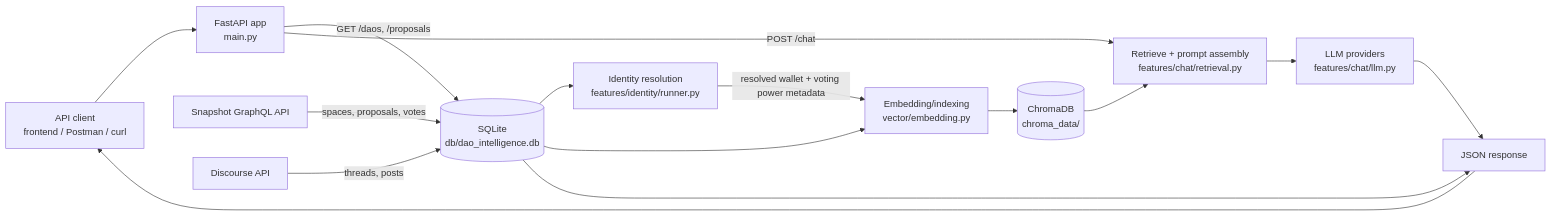
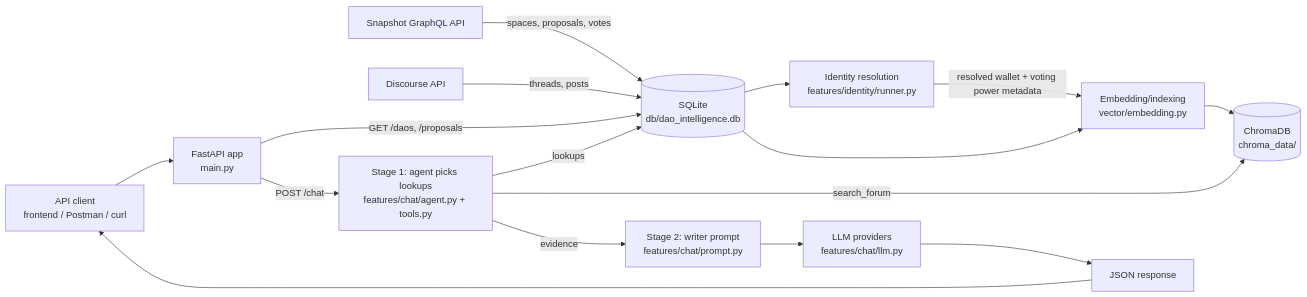
The first of 6 diagrams in DATA_FLOW.md (Rakshitgoyal770/DOA-BACKEND), drawn with Mermaid before and after one commit. The commit also changed other lines of this file and 5 other files, not shown here.

````diff
--- a/DATA_FLOW.md
+++ b/DATA_FLOW.md
@@ -41,30 +42,32 @@
 ```mermaid
 flowchart LR
     Client["API client<br/>frontend / Postman / curl"]
     App["FastAPI app<br/>main.py"]
 
     Snapshot["Snapshot GraphQL API"]
     Discourse["Discourse API"]
     SQLite[("SQLite<br/>db/dao_intelligence.db")]
     Resolve["Identity resolution<br/>features/identity/runner.py"]
     Embed["Embedding/indexing<br/>vector/embedding.py"]
     Chroma[("ChromaDB<br/>chroma_data/")]
-    Retrieve["Retrieve + prompt assembly<br/>features/chat/retrieval.py"]
+    Agent["Stage 1: agent picks lookups<br/>features/chat/agent.py + tools.py"]
+    Writer["Stage 2: writer prompt<br/>features/chat/prompt.py"]
     LLM["LLM providers<br/>features/chat/llm.py"]
     Response["JSON response"]
 
     Client --> App
     Snapshot -->|"spaces, proposals, votes"| SQLite
     Discourse -->|"threads, posts"| SQLite
     SQLite --> Resolve
     SQLite --> Embed
     Resolve -->|"resolved wallet + voting power metadata"| Embed
     Embed --> Chroma
     App -->|"GET /daos, /proposals"| SQLite
-    App -->|"POST /chat"| Retrieve
-    Chroma --> Retrieve
-    Retrieve --> LLM
+    App -->|"POST /chat"| Agent
+    Agent -->|"lookups"| SQLite
+    Agent -->|"search_forum"| Chroma
+    Agent -->|"evidence"| Writer
+    Writer --> LLM
     LLM --> Response
-    SQLite --> Response
     Response --> Client
 ```
````
